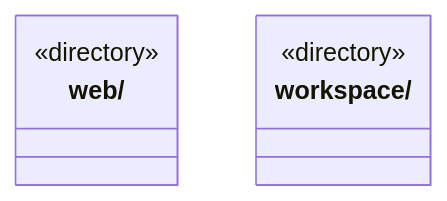
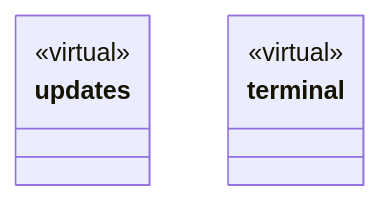
One commit to nan023062/cbim changed the fifth of 5 diagrams in src/logic/ARCHITECTURE.md. Above: the diagram before and after it, drawn with Mermaid. The commit also changed other lines of this file and 158 other files, not shown here.

Commit message:
docs: model architecture through nested virtual encapsulations

````diff
--- a/src/logic/ARCHITECTURE.md
+++ b/src/logic/ARCHITECTURE.md
@@ -975,9 +187,11 @@
 ```mermaid
 classDiagram
-class N_src_logic_web["web/"] {
-  <<directory>>
+class N_1a718763f256["updates"] {
+  <<virtual>>
 }
-class N_src_logic_workspace["workspace/"] {
-  <<directory>>
+click N_1a718763f256 href "updates/ARCHITECTURE.md"
+class N_24afab7388cd["terminal"] {
+  <<virtual>>
 }
+click N_24afab7388cd href "terminal/ARCHITECTURE.md"
 ```
````
